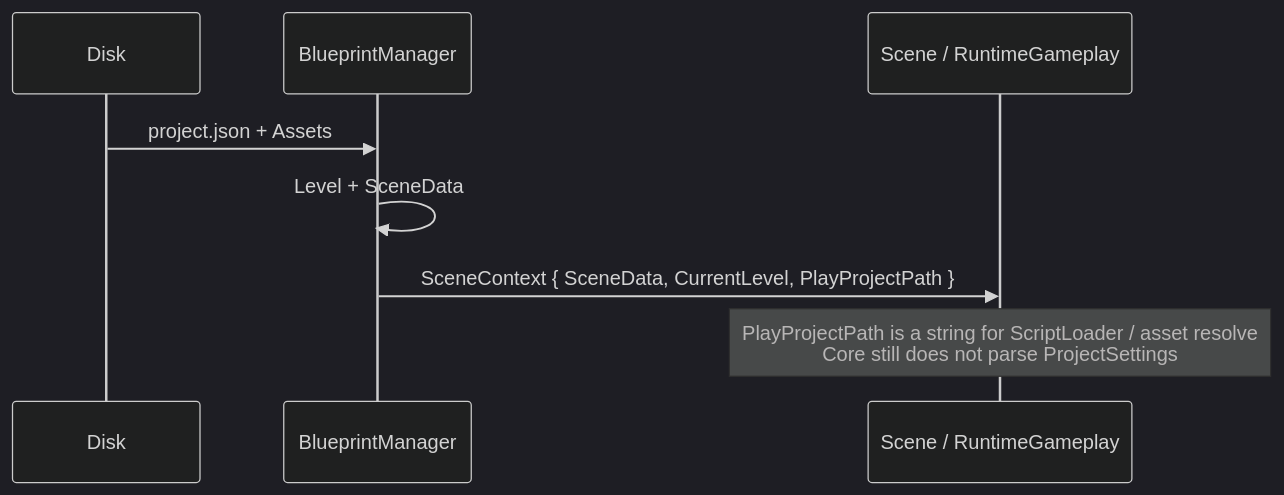
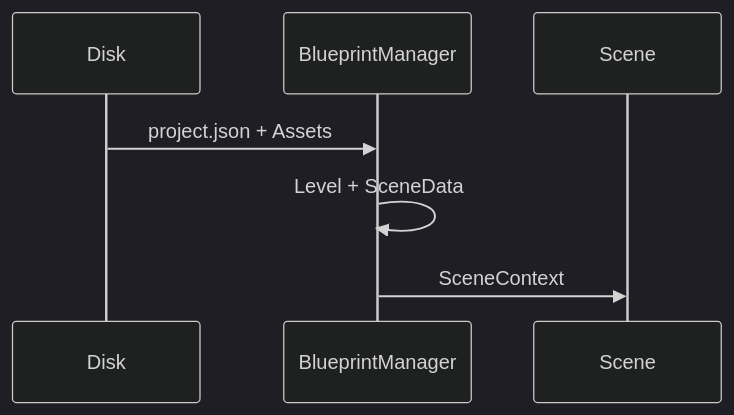
The third of 3 diagrams in docs/BOUNDARIES.md (ireakhavok/Castle), drawn with Mermaid before and after one commit. The commit also changed other lines of this file and 6 other files, not shown here.

````diff
--- a/docs/BOUNDARIES.md
+++ b/docs/BOUNDARIES.md
@@ -73,11 +66,10 @@
 ```mermaid
 %%{init: {'theme':'dark'}}%%
 sequenceDiagram
   participant Disk
   participant IDE as BlueprintManager
-  participant Core as Scene / RuntimeGameplay
+  participant Core as Scene
   Disk->>IDE: project.json + Assets
   IDE->>IDE: Level + SceneData
-  IDE->>Core: SceneContext { SceneData, CurrentLevel, PlayProjectPath }
-  Note over Core: PlayProjectPath is a string for ScriptLoader / asset resolve<br/>Core still does not parse ProjectSettings
+  IDE->>Core: SceneContext
 ```
````
